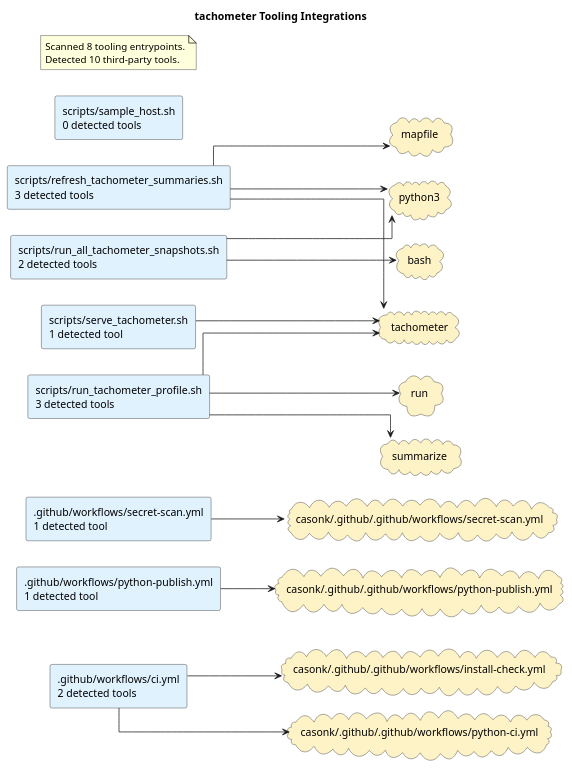
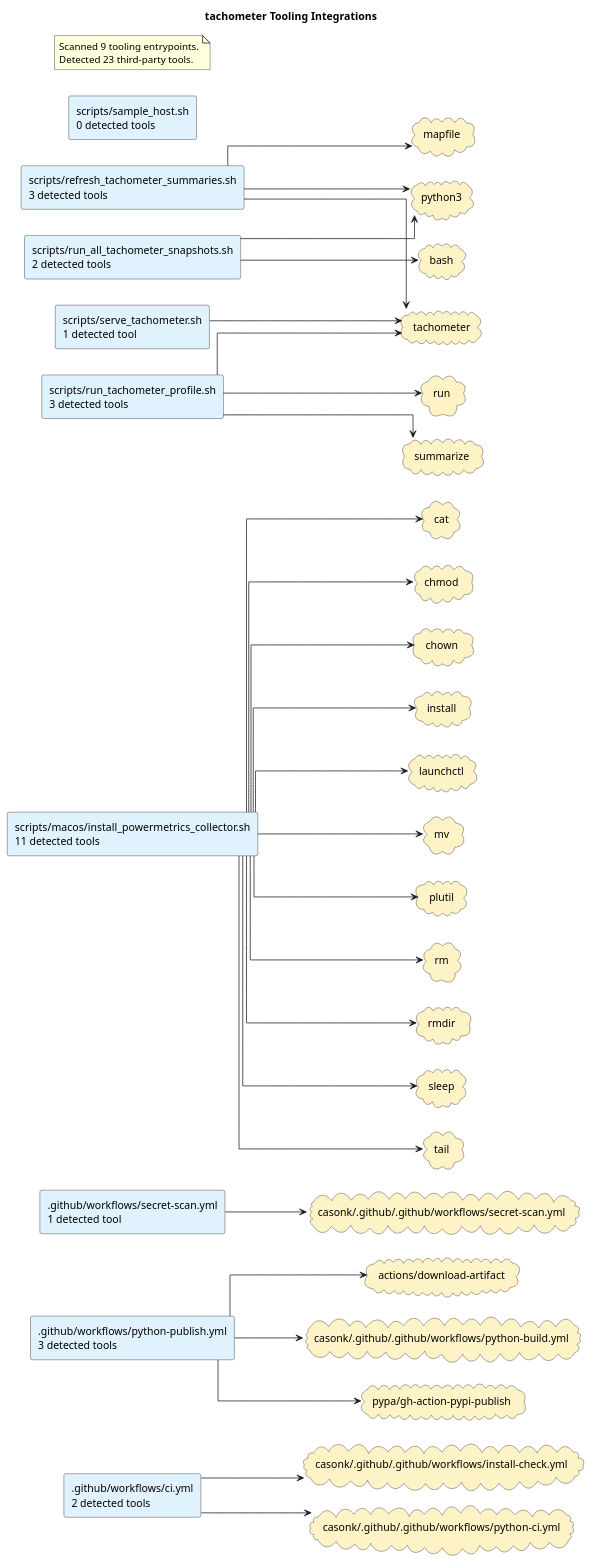
The diagram in docs/diagrams/tooling-integrations.puml (casonk/tachometer), drawn with PlantUML before and after one commit. The commit also changed 5 other files, not shown here.

First line of the commit message:
docs: regenerate architecture diagrams (#24)

```diff
--- a/docs/diagrams/tooling-integrations.puml
+++ b/docs/diagrams/tooling-integrations.puml
@@ -1,43 +1,70 @@
 @startuml
 title tachometer Tooling Integrations
 left to right direction
 skinparam shadowing false
 skinparam defaultFontName Monospace
 skinparam componentStyle rectangle
 skinparam linetype ortho
 rectangle ".github/workflows/ci.yml\n2 detected tools" as source_github_workflows_ci_yml #E0F2FE
-rectangle ".github/workflows/python-publish.yml\n1 detected tool" as source_github_workflows_python_publish_yml #E0F2FE
+rectangle ".github/workflows/python-publish.yml\n3 detected tools" as source_github_workflows_python_publish_yml #E0F2FE
 rectangle ".github/workflows/secret-scan.yml\n1 detected tool" as source_github_workflows_secret_scan_yml #E0F2FE
+rectangle "scripts/macos/install_powermetrics_collector.sh\n11 detected tools" as source_scripts_macos_install_powermetrics_collector_sh #E0F2FE
 rectangle "scripts/refresh_tachometer_summaries.sh\n3 detected tools" as source_scripts_refresh_tachometer_summaries_sh #E0F2FE
 rectangle "scripts/run_all_tachometer_snapshots.sh\n2 detected tools" as source_scripts_run_all_tachometer_snapshots_sh #E0F2FE
 rectangle "scripts/run_tachometer_profile.sh\n3 detected tools" as source_scripts_run_tachometer_profile_sh #E0F2FE
 rectangle "scripts/sample_host.sh\n0 detected tools" as source_scripts_sample_host_sh #E0F2FE
 rectangle "scripts/serve_tachometer.sh\n1 detected tool" as source_scripts_serve_tachometer_sh #E0F2FE
+cloud "actions/download-artifact" as tool_actions_download_artifact #FEF3C7
 cloud "bash" as tool_bash #FEF3C7
 cloud "casonk/.github/.github/workflows/install-check.yml" as tool_casonk_github_github_workflows_install_check_yml #FEF3C7
+cloud "casonk/.github/.github/workflows/python-build.yml" as tool_casonk_github_github_workflows_python_build_yml #FEF3C7
 cloud "casonk/.github/.github/workflows/python-ci.yml" as tool_casonk_github_github_workflows_python_ci_yml #FEF3C7
-cloud "casonk/.github/.github/workflows/python-publish.yml" as tool_casonk_github_github_workflows_python_publish_yml #FEF3C7
 cloud "casonk/.github/.github/workflows/secret-scan.yml" as tool_casonk_github_github_workflows_secret_scan_yml #FEF3C7
+cloud "cat" as tool_cat #FEF3C7
+cloud "chmod" as tool_chmod #FEF3C7
+cloud "chown" as tool_chown #FEF3C7
+cloud "install" as tool_install #FEF3C7
+cloud "launchctl" as tool_launchctl #FEF3C7
 cloud "mapfile" as tool_mapfile #FEF3C7
+cloud "mv" as tool_mv #FEF3C7
+cloud "plutil" as tool_plutil #FEF3C7
+cloud "pypa/gh-action-pypi-publish" as tool_pypa_gh_action_pypi_publish #FEF3C7
 cloud "python3" as tool_python3 #FEF3C7
+cloud "rm" as tool_rm #FEF3C7
+cloud "rmdir" as tool_rmdir #FEF3C7
 cloud "run" as tool_run #FEF3C7
+cloud "sleep" as tool_sleep #FEF3C7
 cloud "summarize" as tool_summarize #FEF3C7
 cloud "tachometer" as tool_tachometer #FEF3C7
+cloud "tail" as tool_tail #FEF3C7
 source_github_workflows_ci_yml --> tool_casonk_github_github_workflows_install_check_yml
 source_github_workflows_ci_yml --> tool_casonk_github_github_workflows_python_ci_yml
-source_github_workflows_python_publish_yml --> tool_casonk_github_github_workflows_python_publish_yml
+source_github_workflows_python_publish_yml --> tool_actions_download_artifact
+source_github_workflows_python_publish_yml --> tool_casonk_github_github_workflows_python_build_yml
+source_github_workflows_python_publish_yml --> tool_pypa_gh_action_pypi_publish
 source_github_workflows_secret_scan_yml --> tool_casonk_github_github_workflows_secret_scan_yml
+source_scripts_macos_install_powermetrics_collector_sh --> tool_cat
+source_scripts_macos_install_powermetrics_collector_sh --> tool_chmod
+source_scripts_macos_install_powermetrics_collector_sh --> tool_chown
+source_scripts_macos_install_powermetrics_collector_sh --> tool_install
+source_scripts_macos_install_powermetrics_collector_sh --> tool_launchctl
+source_scripts_macos_install_powermetrics_collector_sh --> tool_mv
+source_scripts_macos_install_powermetrics_collector_sh --> tool_plutil
+source_scripts_macos_install_powermetrics_collector_sh --> tool_rm
+source_scripts_macos_install_powermetrics_collector_sh --> tool_rmdir
+source_scripts_macos_install_powermetrics_collector_sh --> tool_sleep
+source_scripts_macos_install_powermetrics_collector_sh --> tool_tail
 source_scripts_refresh_tachometer_summaries_sh --> tool_mapfile
 source_scripts_refresh_tachometer_summaries_sh --> tool_python3
 source_scripts_refresh_tachometer_summaries_sh --> tool_tachometer
 source_scripts_run_all_tachometer_snapshots_sh --> tool_bash
 source_scripts_run_all_tachometer_snapshots_sh --> tool_python3
 source_scripts_run_tachometer_profile_sh --> tool_run
 source_scripts_run_tachometer_profile_sh --> tool_summarize
 source_scripts_run_tachometer_profile_sh --> tool_tachometer
 source_scripts_serve_tachometer_sh --> tool_tachometer
 note as toolingGraphSummary
-Scanned 8 tooling entrypoints.
-Detected 10 third-party tools.
+Scanned 9 tooling entrypoints.
+Detected 23 third-party tools.
 end note
 @enduml
```
